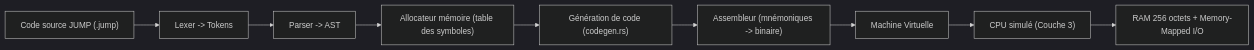
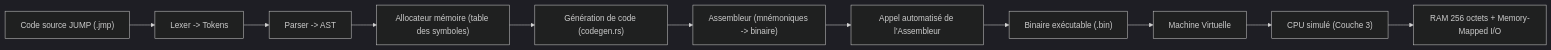
One commit to Jonas0o0/theoretical-computer changed the fourth of 4 diagrams in docs/src/06-these.md. Above: the diagram before and after it, drawn with Mermaid (dark theme). The commit also changed other lines of this file, not shown here.

````diff
--- a/docs/src/06-these.md
+++ b/docs/src/06-these.md
@@ -232,11 +237,14 @@
 ```mermaid
 flowchart LR
-    SRC["Code source JUMP (.jump)"] --> LEX["Lexer -> Tokens"]
+    SRC["Code source JUMP (.jmp)"] --> LEX["Lexer -> Tokens"]
     LEX --> PARSE["Parser -> AST"]
     PARSE --> ALLOC["Allocateur mémoire (table des symboles)"]
     ALLOC --> CODEGEN["Génération de code (codegen.rs)"]
     CODEGEN --> ASM["Assembleur (mnémoniques -> binaire)"]
-    ASM --> VM["Machine Virtuelle"]
+    ASM --> ASSEMBLEUR["Appel automatisé de l'Assembleur"]
+    ASSEMBLEUR --> BIN["Binaire exécutable (.bin)"]
+    BIN --> VM["Machine Virtuelle"]
     VM --> CPU["CPU simulé (Couche 3)"]
     CPU --> RAM["RAM 256 octets + Memory-Mapped I/O"]
+
 ```
````
